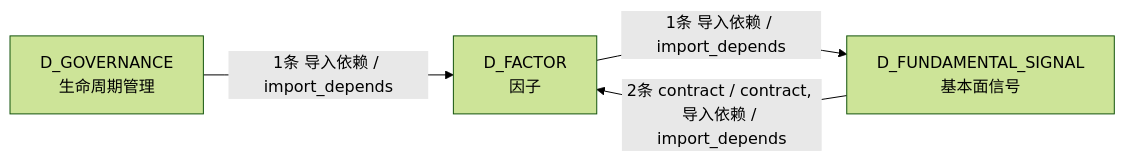
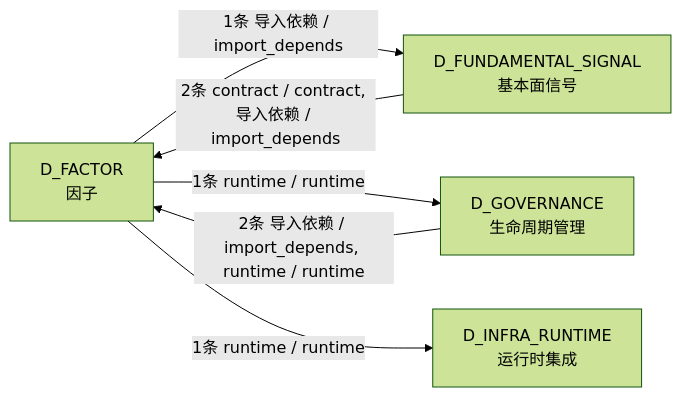
The fourth of 4 diagrams in docs/02_enterprise_architecture/02_domain_architecture_docs/29_d_factor.md (xuanFelixVan/ZephyrAlpha), drawn with Mermaid (forest theme) before and after one commit. The commit also changed other lines of this file and 100 other files, not shown here.

````diff
--- a/docs/02_enterprise_architecture/02_domain_architecture_docs/29_d_factor.md
+++ b/docs/02_enterprise_architecture/02_domain_architecture_docs/29_d_factor.md
@@ -197,9 +210,12 @@
 ```mermaid
 graph LR
     D_FACTOR["D_FACTOR<br/>因子"]
     D_FUNDAMENTAL_SIGNAL["D_FUNDAMENTAL_SIGNAL<br/>基本面信号"]
     D_GOVERNANCE["D_GOVERNANCE<br/>生命周期管理"]
+    D_INFRA_RUNTIME["D_INFRA_RUNTIME<br/>运行时集成"]
     D_FACTOR -->|1条 导入依赖 / import_depends| D_FUNDAMENTAL_SIGNAL
+    D_FACTOR -->|1条 runtime / runtime| D_GOVERNANCE
+    D_FACTOR -->|1条 runtime / runtime| D_INFRA_RUNTIME
     D_FUNDAMENTAL_SIGNAL -->|2条 contract / contract, 导入依赖 / import_depends| D_FACTOR
-    D_GOVERNANCE -->|1条 导入依赖 / import_depends| D_FACTOR
+    D_GOVERNANCE -->|2条 导入依赖 / import_depends, runtime / runtime| D_FACTOR
 ```
````
